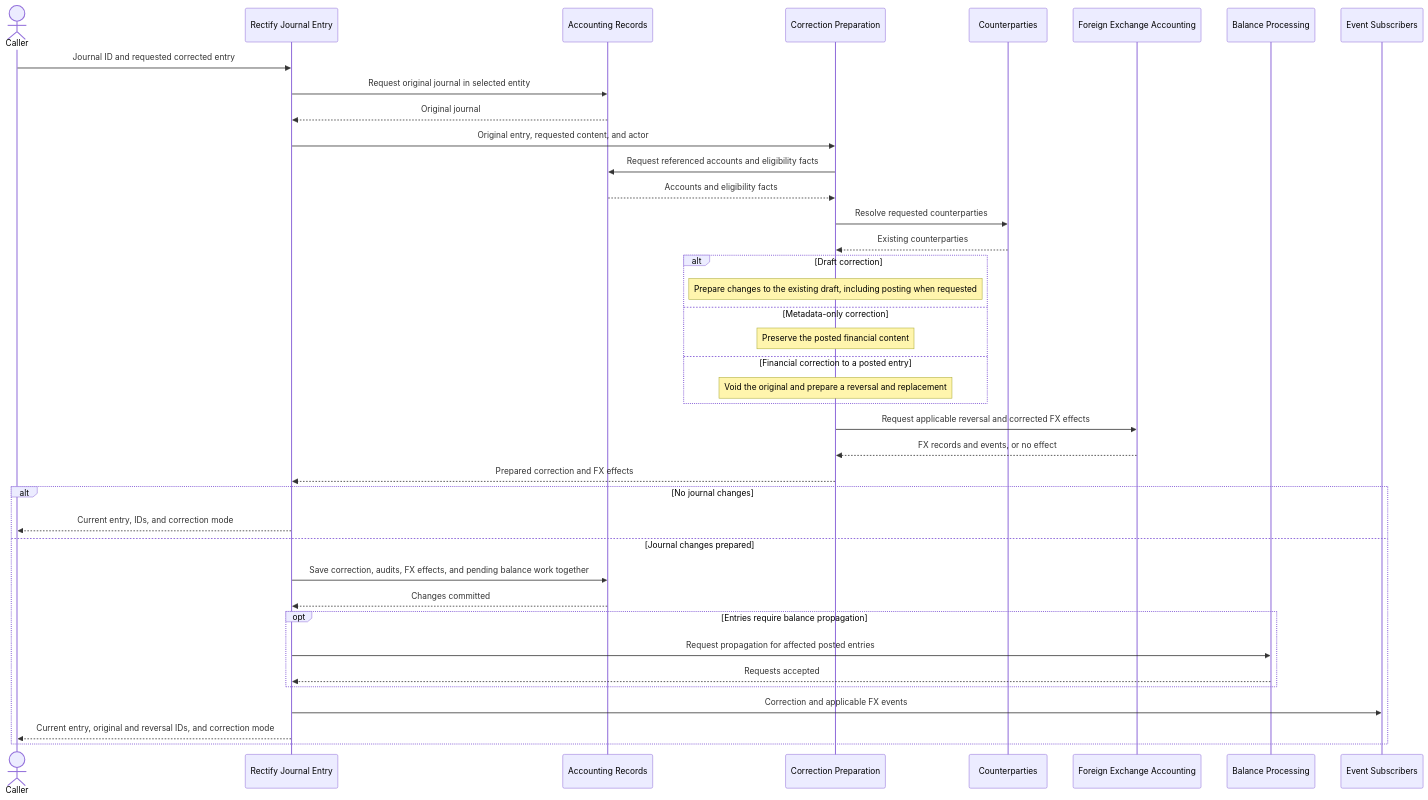
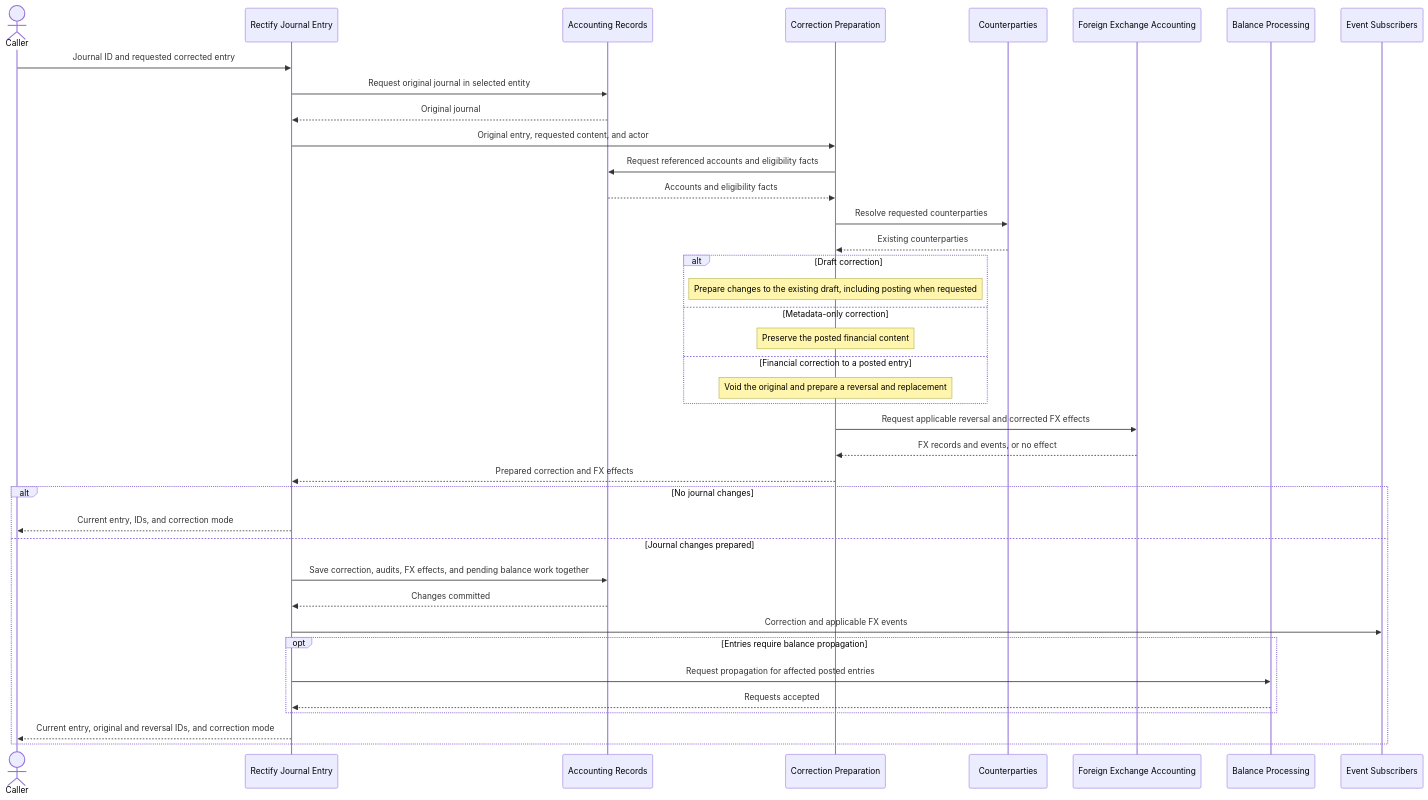
Before and after one commit to drimsheet/drimsheet-core: the diagram in src/app/journal-entry/usecases/__docs__/rectify-journal-entry.sequence.md, drawn with Mermaid. The commit also changed other lines of this file and 19 other files, not shown here.

````diff
--- a/src/app/journal-entry/usecases/__docs__/rectify-journal-entry.sequence.md
+++ b/src/app/journal-entry/usecases/__docs__/rectify-journal-entry.sequence.md
@@ -3,42 +3,42 @@
 ```mermaid
 sequenceDiagram
     actor Caller
     participant Rectify as Rectify Journal Entry
     participant Records as Accounting Records
     participant Correction as Correction Preparation
     participant Parties as Counterparties
     participant FX as Foreign Exchange Accounting
     participant Balances as Balance Processing
     participant Events as Event Subscribers
 
     Caller->>Rectify: Journal ID and requested corrected entry
     Rectify->>Records: Request original journal in selected entity
     Records-->>Rectify: Original journal
     Rectify->>Correction: Original entry, requested content, and actor
     Correction->>Records: Request referenced accounts and eligibility facts
     Records-->>Correction: Accounts and eligibility facts
     Correction->>Parties: Resolve requested counterparties
     Parties-->>Correction: Existing counterparties
     alt Draft correction
         Note over Correction: Prepare changes to the existing draft, including posting when requested
     else Metadata-only correction
         Note over Correction: Preserve the posted financial content
     else Financial correction to a posted entry
         Note over Correction: Void the original and prepare a reversal and replacement
     end
     Correction->>FX: Request applicable reversal and corrected FX effects
     FX-->>Correction: FX records and events, or no effect
     Correction-->>Rectify: Prepared correction and FX effects
     alt No journal changes
         Rectify-->>Caller: Current entry, IDs, and correction mode
     else Journal changes prepared
         Rectify->>Records: Save correction, audits, FX effects, and pending balance work together
         Records-->>Rectify: Changes committed
+        Rectify->>Events: Correction and applicable FX events
         opt Entries require balance propagation
             Rectify->>Balances: Request propagation for affected posted entries
             Balances-->>Rectify: Requests accepted
         end
-        Rectify->>Events: Correction and applicable FX events
         Rectify-->>Caller: Current entry, original and reversal IDs, and correction mode
     end
 ```
````
